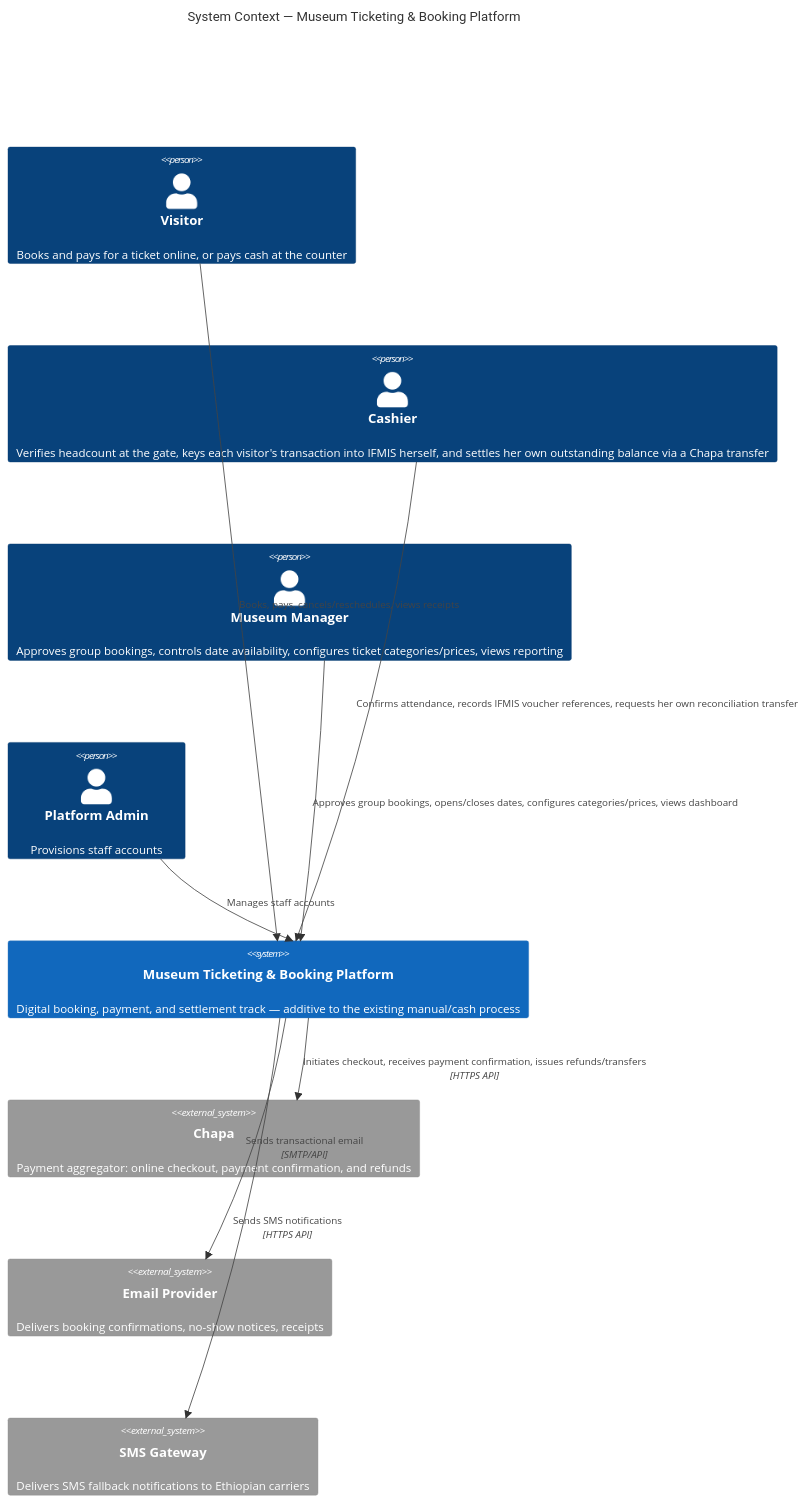
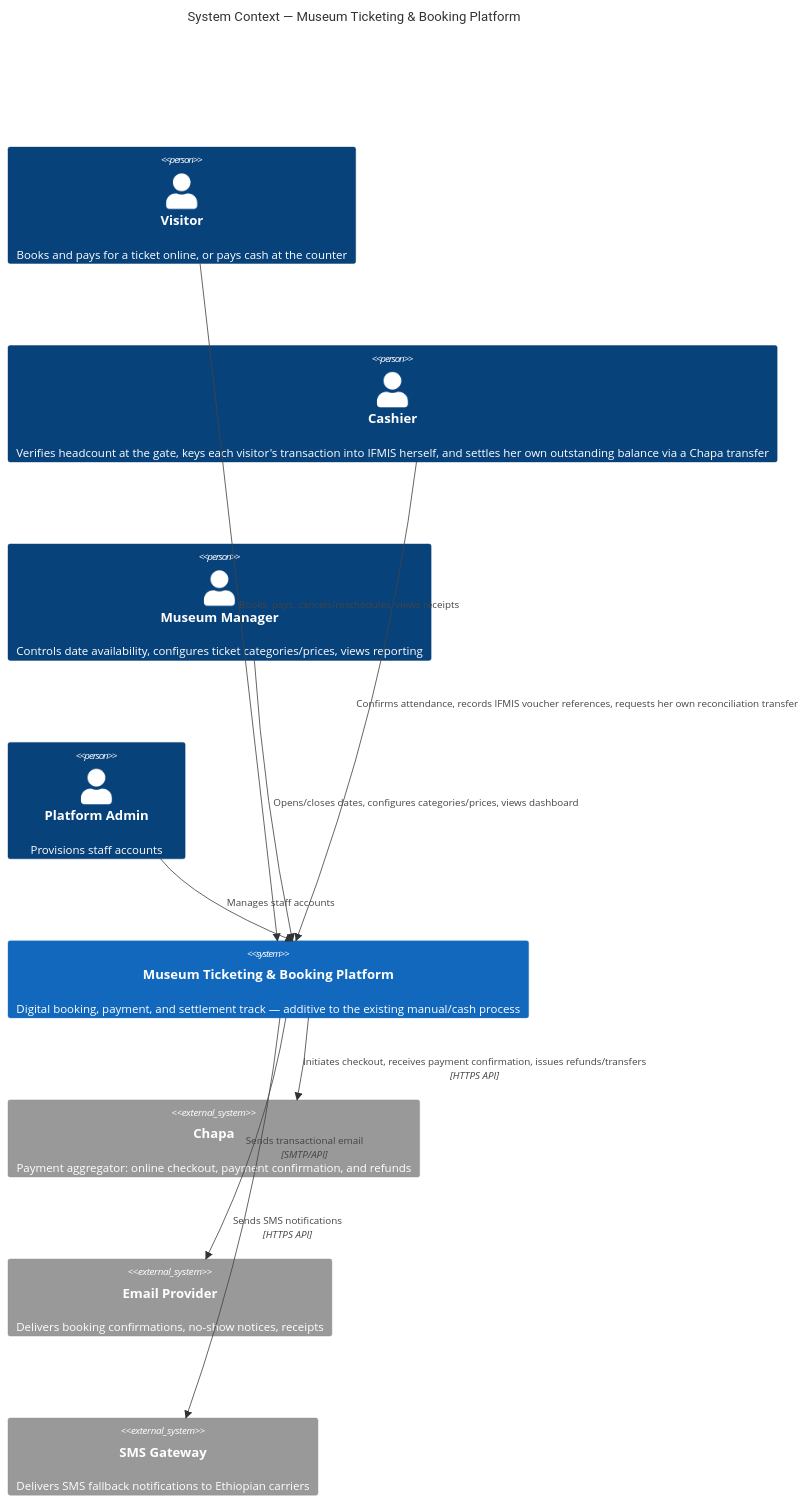
Before and after one commit to TsegayIS122123/museum-ticketing-system: the first of 10 diagrams in docs/03-software-design-specification.md, drawn with Mermaid. The commit also changed 47 other files, not shown here.

````diff
--- a/docs/03-software-design-specification.md
+++ b/docs/03-software-design-specification.md
@@ -34,24 +34,24 @@
 ```mermaid
 C4Context
     title System Context — Museum Ticketing & Booking Platform
 
     Person(visitor, "Visitor", "Books and pays for a ticket online, or pays cash at the counter")
     Person(cashier, "Cashier", "Verifies headcount at the gate, keys each visitor's transaction into IFMIS herself, and settles her own outstanding balance via a Chapa transfer")
-    Person(manager, "Museum Manager", "Approves group bookings, controls date availability, configures ticket categories/prices, views reporting")
+    Person(manager, "Museum Manager", "Controls date availability, configures ticket categories/prices, views reporting")
     Person(admin, "Platform Admin", "Provisions staff accounts")
 
     System(platform, "Museum Ticketing & Booking Platform", "Digital booking, payment, and settlement track — additive to the existing manual/cash process")
 
     System_Ext(chapa, "Chapa", "Payment aggregator: online checkout, payment confirmation, and refunds")
     System_Ext(email, "Email Provider", "Delivers booking confirmations, no-show notices, receipts")
     System_Ext(sms, "SMS Gateway", "Delivers SMS fallback notifications to Ethiopian carriers")
 
     Rel(visitor, platform, "Books, pays, cancels/reschedules, views receipts")
     Rel(cashier, platform, "Confirms attendance, records IFMIS voucher references, requests her own reconciliation transfer")
-    Rel(manager, platform, "Approves group bookings, opens/closes dates, configures categories/prices, views dashboard")
+    Rel(manager, platform, "Opens/closes dates, configures categories/prices, views dashboard")
     Rel(admin, platform, "Manages staff accounts")
 
     Rel(platform, chapa, "Initiates checkout, receives payment confirmation, issues refunds/transfers", "HTTPS API")
     Rel(platform, email, "Sends transactional email", "SMTP/API")
     Rel(platform, sms, "Sends SMS notifications", "HTTPS API")
 ```
````
